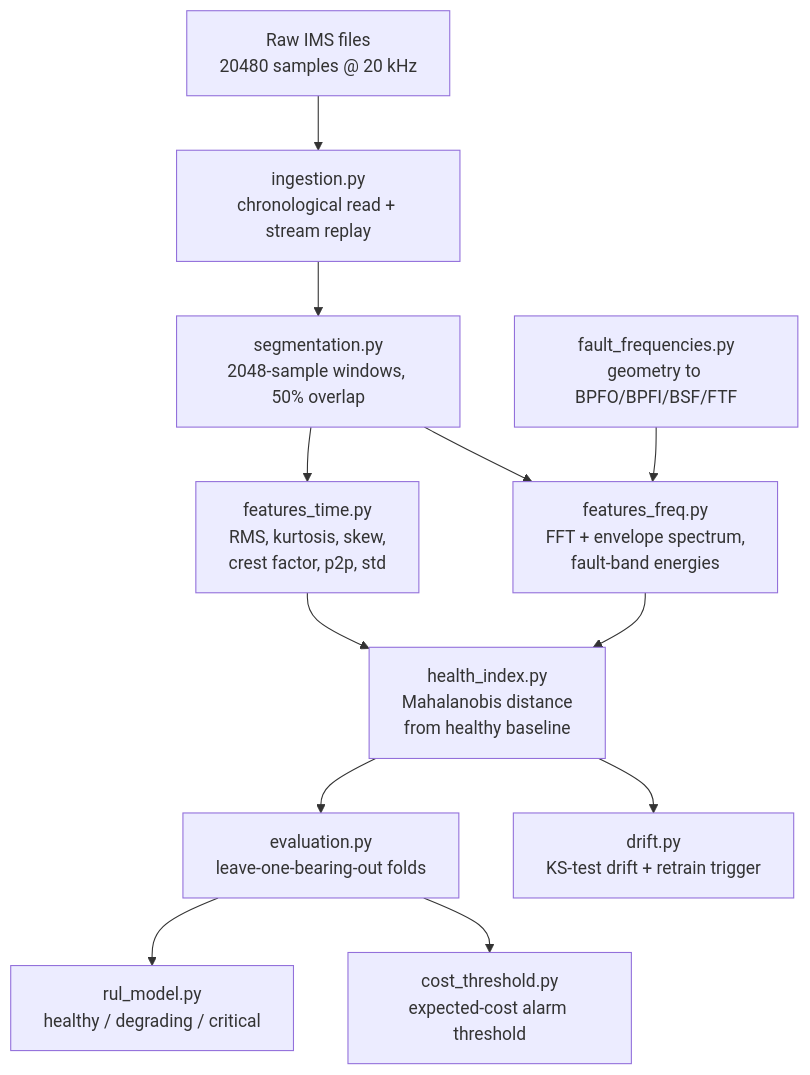
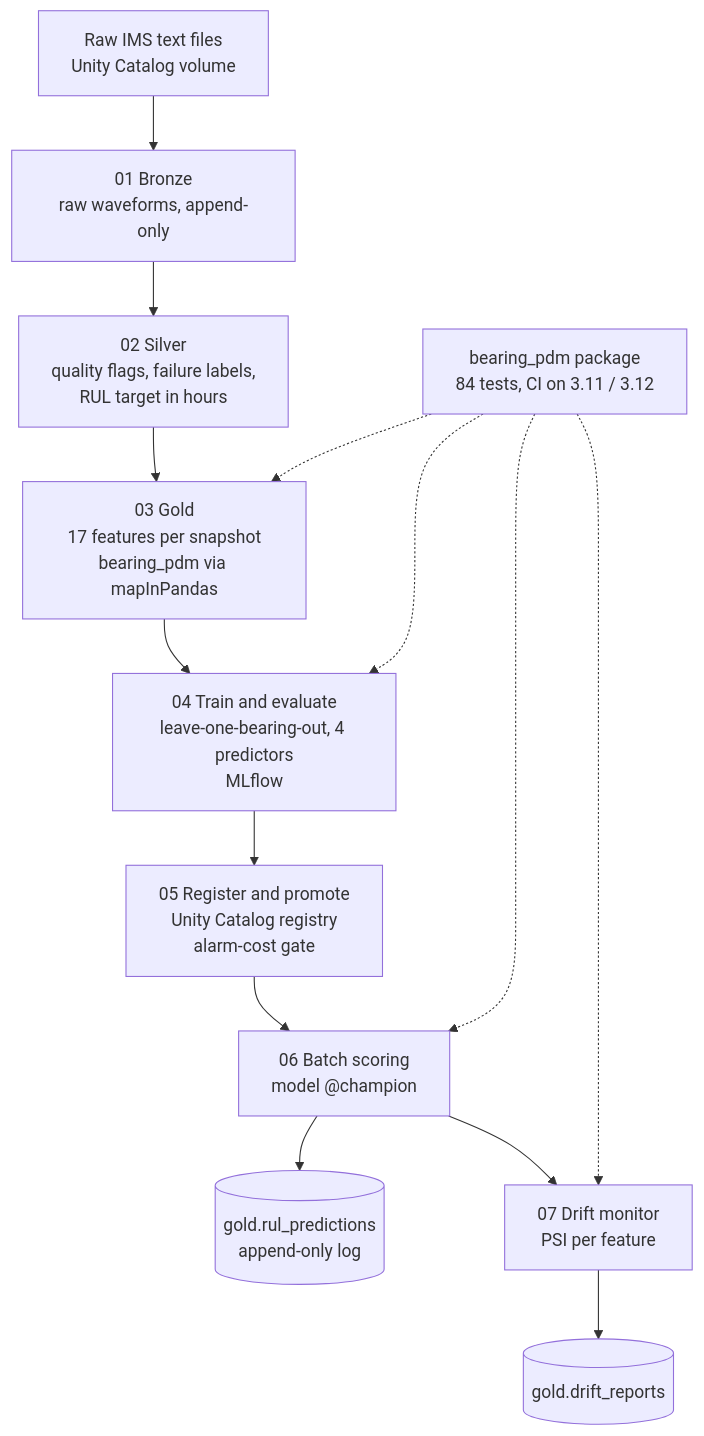
The diagram in README.md (hibatallahchmicha/bearing-rul-pipeline), drawn with Mermaid before and after one commit. The commit also changed other lines of this file, not shown here.

Commit message:
docs: rewrite README for the Databricks RUL pipeline

````diff
--- a/README.md
+++ b/README.md
@@ -68,14 +92,16 @@
 ```mermaid
 flowchart TD
-    A["Raw IMS files<br/>20480 samples @ 20 kHz"] --> B["ingestion.py<br/>chronological read + stream replay"]
-    B --> C["segmentation.py<br/>2048-sample windows, 50% overlap"]
-    C --> D["features_time.py<br/>RMS, kurtosis, skew,<br/>crest factor, p2p, std"]
-    C --> E["features_freq.py<br/>FFT + envelope spectrum,<br/>fault-band energies"]
-    F["fault_frequencies.py<br/>geometry to BPFO/BPFI/BSF/FTF"] --> E
-    D --> G["health_index.py<br/>Mahalanobis distance<br/>from healthy baseline"]
-    E --> G
-    G --> H["evaluation.py<br/>leave-one-bearing-out folds"]
-    H --> I["rul_model.py<br/>healthy / degrading / critical"]
-    H --> J["cost_threshold.py<br/>expected-cost alarm threshold"]
-    G --> K["drift.py<br/>KS-test drift + retrain trigger"]
+    V["Raw IMS text files<br/>Unity Catalog volume"] --> B["01 Bronze<br/>raw waveforms, append-only"]
+    B --> S["02 Silver<br/>quality flags, failure labels,<br/>RUL target in hours"]
+    S --> G["03 Gold<br/>17 features per snapshot<br/>bearing_pdm via mapInPandas"]
+    G --> T["04 Train and evaluate<br/>leave-one-bearing-out, 4 predictors<br/>MLflow"]
+    T --> R["05 Register and promote<br/>Unity Catalog registry<br/>alarm-cost gate"]
+    R --> P["06 Batch scoring<br/>model @champion"]
+    P --> PL[("gold.rul_predictions<br/>append-only log")]
+    P --> D["07 Drift monitor<br/>PSI per feature"]
+    D --> DL[("gold.drift_reports")]
+    PKG["bearing_pdm package<br/>84 tests, CI on 3.11 / 3.12"] -.-> G
+    PKG -.-> T
+    PKG -.-> P
+    PKG -.-> D
 ```
````
